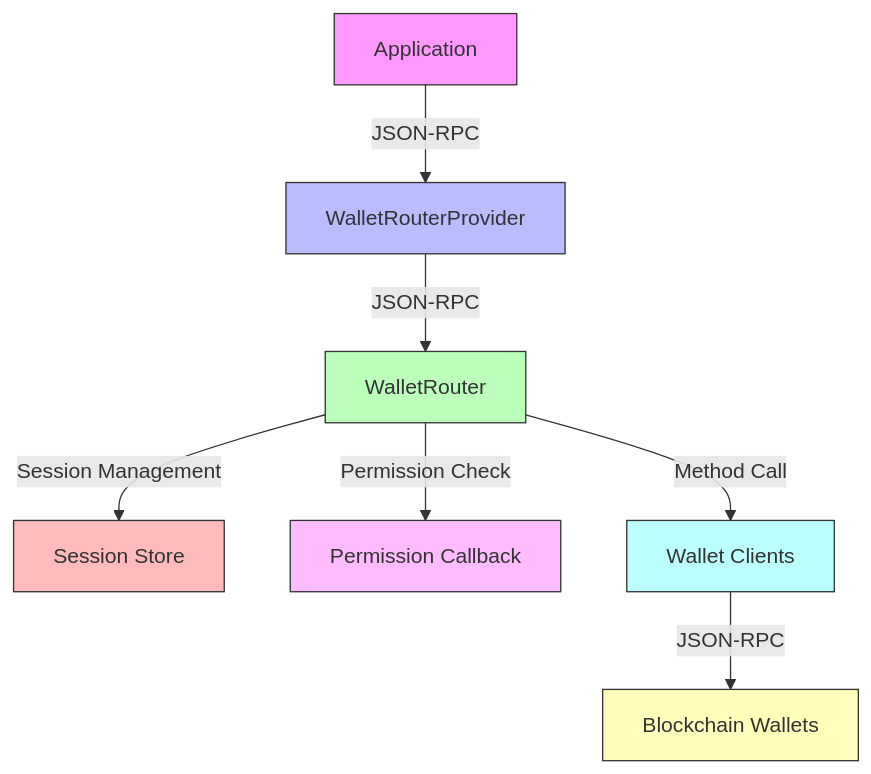
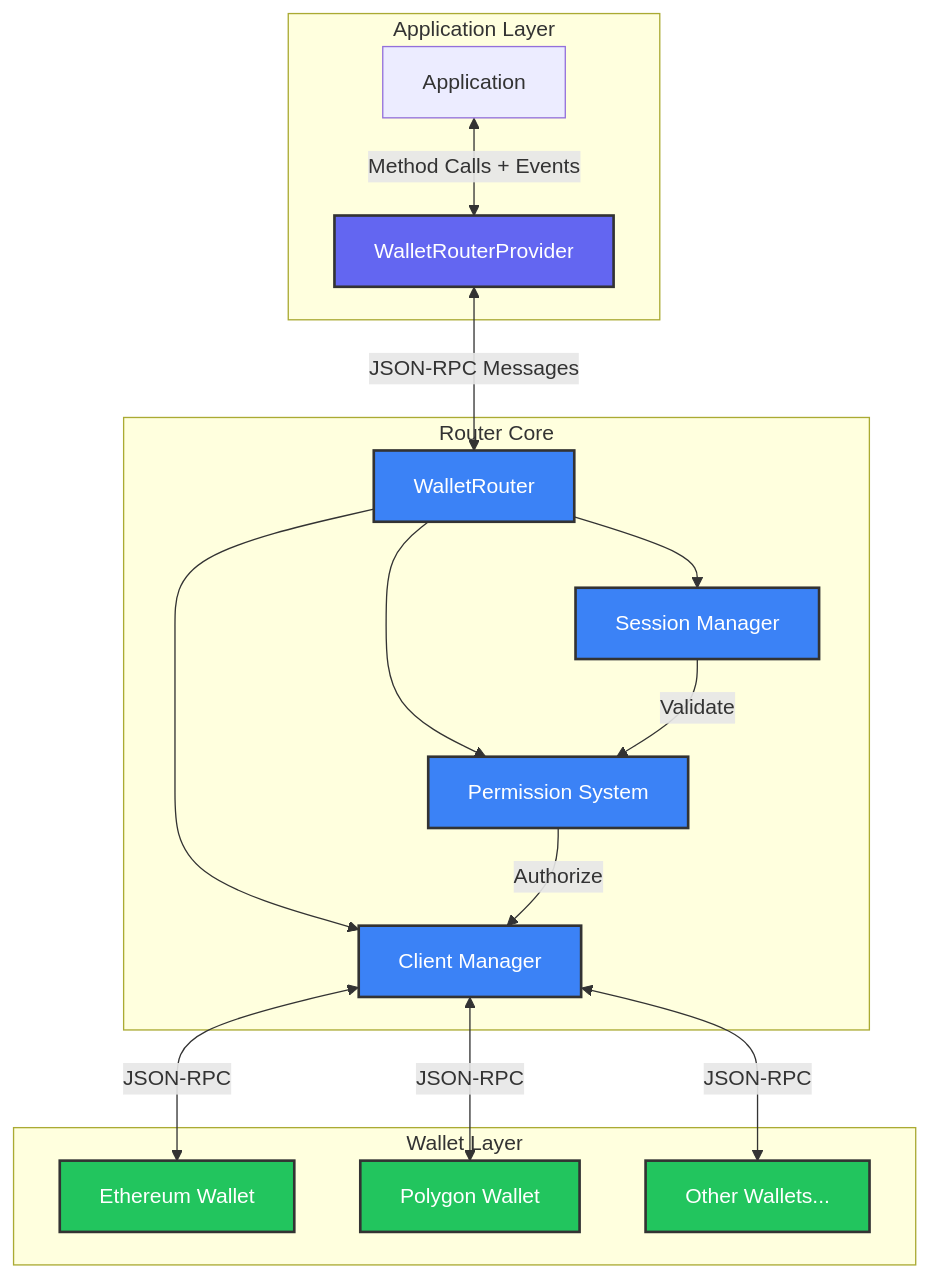
One commit to WalletMesh/walletmesh-packages changed the first of 2 diagrams in packages/router/README.md. Above: the diagram before and after it, drawn with Mermaid. The commit also changed other lines of this file and 19 other files, not shown here.

````diff
--- a/packages/router/README.md
+++ b/packages/router/README.md
@@ -9,17 +82,31 @@
 ```mermaid
-graph TD
-    A[Application] -->|JSON-RPC| B[WalletRouterProvider]
-    B -->|JSON-RPC| C[WalletRouter]
-    C -->|Session Management| D[Session Store]
-    C -->|Permission Check| E[Permission Callback]
-    C -->|Method Call| F[Wallet Clients]
-    F -->|JSON-RPC| G[Blockchain Wallets]
+graph TB
+    subgraph Application Layer
+        App[Application] <-->|Method Calls + Events| Provider[WalletRouterProvider]
+    end
 
-    style A fill:#f9f,stroke:#333
-    style B fill:#bbf,stroke:#333
-    style C fill:#bfb,stroke:#333
-    style D fill:#fbb,stroke:#333
-    style E fill:#fbf,stroke:#333
-    style F fill:#bff,stroke:#333
-    style G fill:#ffb,stroke:#333
+    Provider <-->|JSON-RPC Messages| Router[WalletRouter]
+
+    subgraph Router Core
+        Router --> SessionMgr[Session Manager]
+        Router --> PermSystem[Permission System]
+        Router --> ClientMgr[Client Manager]
+
+        SessionMgr -->|Validate| PermSystem
+        PermSystem -->|Authorize| ClientMgr
+    end
+
+    subgraph Wallet Layer
+        ClientMgr <-->|JSON-RPC| Ethereum[Ethereum Wallet]
+        ClientMgr <-->|JSON-RPC| Polygon[Polygon Wallet]
+        ClientMgr <-->|JSON-RPC| Other[Other Wallets...]
+    end
+
+    classDef provider fill:#6366f1,stroke:#333,stroke-width:2px,color:#fff
+    classDef router fill:#3b82f6,stroke:#333,stroke-width:2px,color:#fff
+    classDef wallet fill:#22c55e,stroke:#333,stroke-width:2px,color:#fff
+
+    class Provider provider
+    class Router,SessionMgr,PermSystem,ClientMgr router
+    class Ethereum,Polygon,Other wallet
 ```
````
